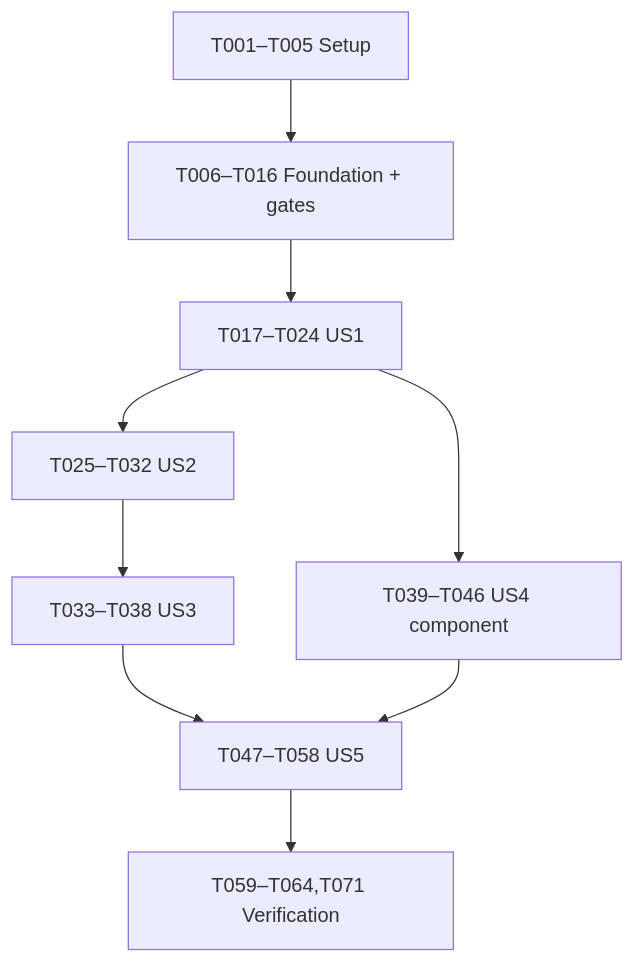
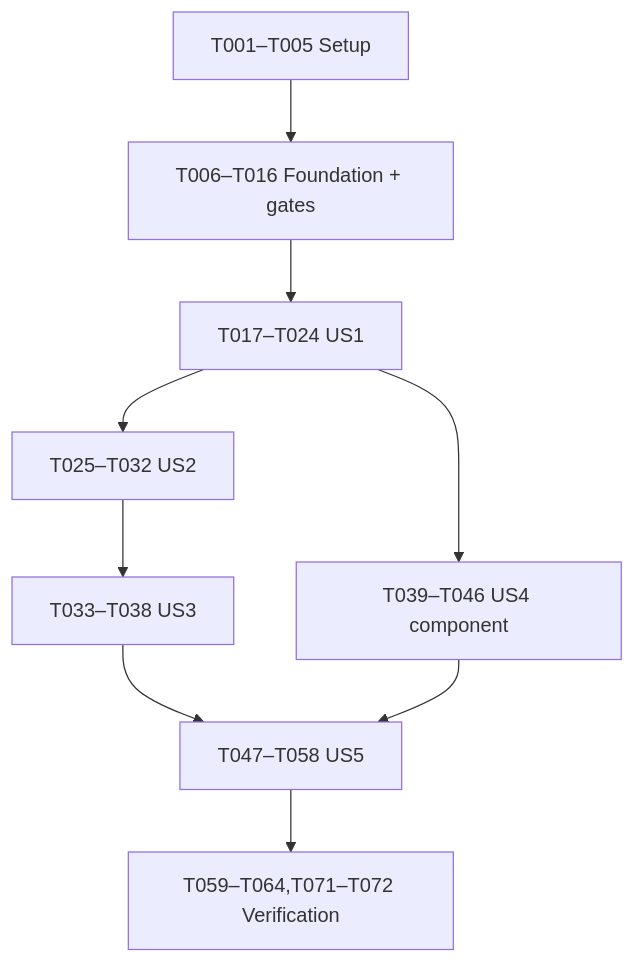
The diagram in specs/001-topic-registration/tasks.md (HuyDoDevv/student-topic-management), drawn with Mermaid before and after one commit. The commit also changed other lines of this file and 11 other files, not shown here.

````diff
--- a/specs/001-topic-registration/tasks.md
+++ b/specs/001-topic-registration/tasks.md
@@ -245,11 +247,11 @@
 ```mermaid
 flowchart TD
   S["T001–T005 Setup"] --> F["T006–T016 Foundation + gates"]
   F --> U1["T017–T024 US1"]
   U1 --> U2["T025–T032 US2"]
   U2 --> U3["T033–T038 US3"]
   U1 --> U4["T039–T046 US4 component"]
   U3 --> U5["T047–T058 US5"]
   U4 --> U5
-  U5 --> P["T059–T064,T071 Verification"]
+  U5 --> P["T059–T064,T071–T072 Verification"]
 ```
````
